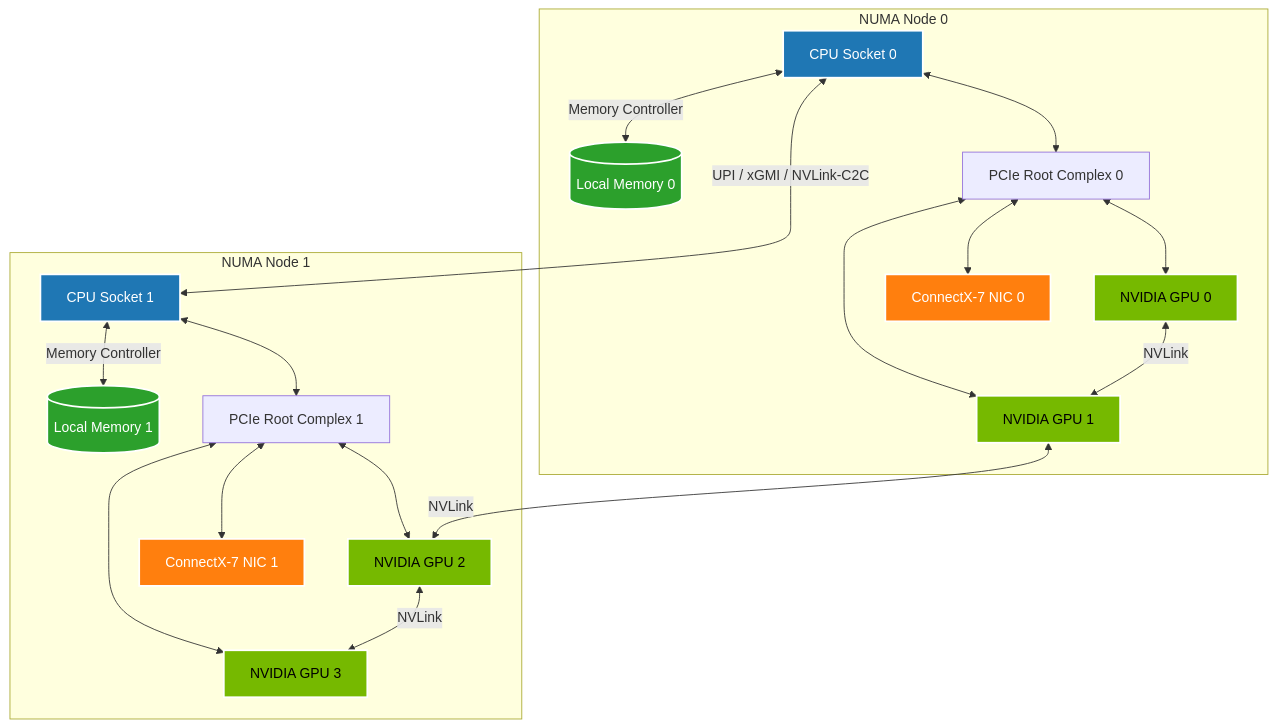
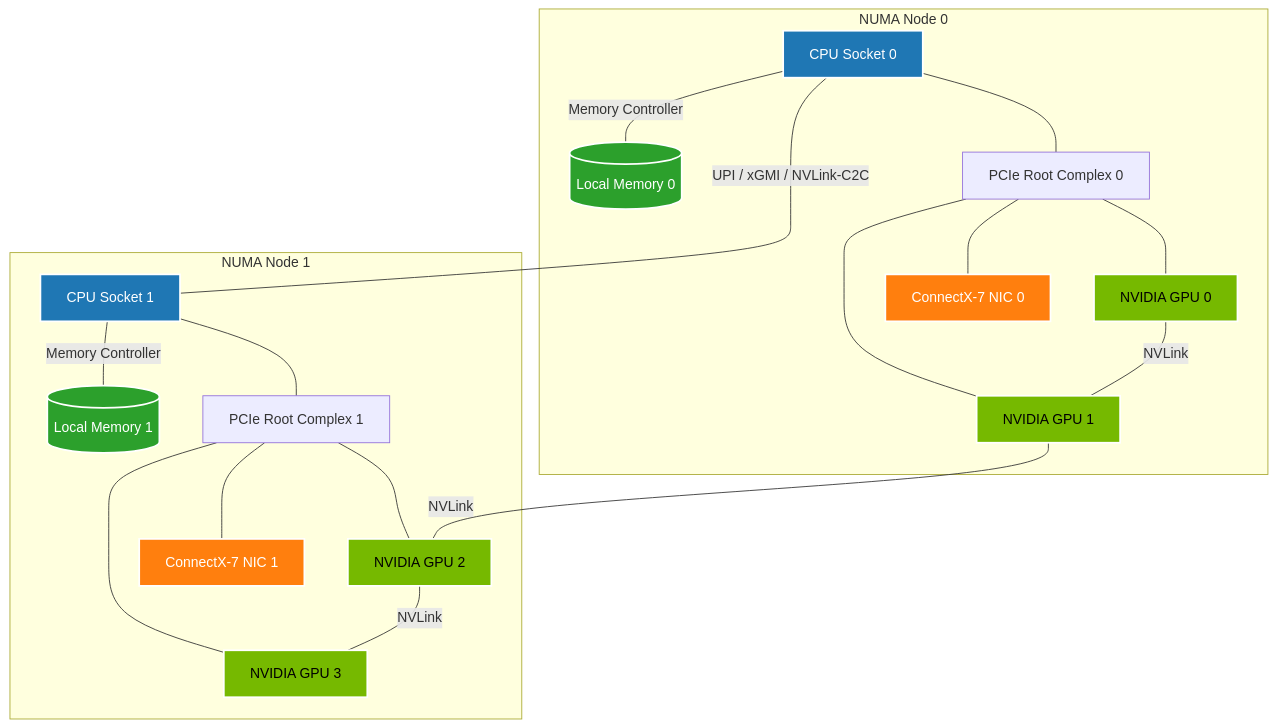
The first of 3 diagrams in docs/volume-01/01-linux-compute-memory-masterclass.md (jithinpnjm/nvidia-devops), drawn with Mermaid before and after one commit. The commit also changed other lines of this file and 110 other files, not shown here.

Commit message:
docs(volume-1-10): complete second-pass refinement of formatting, visual diagrams, and code snippets

````diff
--- a/docs/volume-01/01-linux-compute-memory-masterclass.md
+++ b/docs/volume-01/01-linux-compute-memory-masterclass.md
@@ -36,47 +36,47 @@
 ```mermaid
-graph TD
+flowchart TD
     subgraph "NUMA Node 0"
-        CPU0[CPU Socket 0]
-        MEM0[(Local Memory 0)]
-        PCIe0[PCIe Root Complex 0]
-        GPU0[NVIDIA GPU 0]
-        GPU1[NVIDIA GPU 1]
-        NIC0[ConnectX-7 NIC 0]
+        CPU0["CPU Socket 0"]
+        MEM0[("Local Memory 0")]
+        PCIe0["PCIe Root Complex 0"]
+        GPU0["NVIDIA GPU 0"]
+        GPU1["NVIDIA GPU 1"]
+        NIC0["ConnectX-7 NIC 0"]
         
-        CPU0 <-->|Memory Controller| MEM0
-        CPU0 <--> PCIe0
-        PCIe0 <--> GPU0
-        PCIe0 <--> GPU1
-        PCIe0 <--> NIC0
+        CPU0 -- "Memory Controller" --- MEM0
+        CPU0 --- PCIe0
+        PCIe0 --- GPU0
+        PCIe0 --- GPU1
+        PCIe0 --- NIC0
     end
 
     subgraph "NUMA Node 1"
-        CPU1[CPU Socket 1]
-        MEM1[(Local Memory 1)]
-        PCIe1[PCIe Root Complex 1]
-        GPU2[NVIDIA GPU 2]
-        GPU3[NVIDIA GPU 3]
-        NIC1[ConnectX-7 NIC 1]
+        CPU1["CPU Socket 1"]
+        MEM1[("Local Memory 1")]
+        PCIe1["PCIe Root Complex 1"]
+        GPU2["NVIDIA GPU 2"]
+        GPU3["NVIDIA GPU 3"]
+        NIC1["ConnectX-7 NIC 1"]
         
-        CPU1 <-->|Memory Controller| MEM1
-        CPU1 <--> PCIe1
-        PCIe1 <--> GPU2
-        PCIe1 <--> GPU3
-        PCIe1 <--> NIC1
+        CPU1 -- "Memory Controller" --- MEM1
+        CPU1 --- PCIe1
+        PCIe1 --- GPU2
+        PCIe1 --- GPU3
+        PCIe1 --- NIC1
     end
 
-    CPU0 <-->|UPI / xGMI / NVLink-C2C| CPU1
-    GPU0 <-->|NVLink| GPU1
-    GPU2 <-->|NVLink| GPU3
-    GPU1 <-->|NVLink| GPU2
+    CPU0 -- "UPI / xGMI / NVLink-C2C" --- CPU1
+    GPU0 -- "NVLink" --- GPU1
+    GPU2 -- "NVLink" --- GPU3
+    GPU1 -- "NVLink" --- GPU2
 
     classDef cpu fill:#1f77b4,stroke:#fff,stroke-width:2px,color:#fff;
     classDef mem fill:#2ca02c,stroke:#fff,stroke-width:2px,color:#fff;
     classDef gpu fill:#76b900,stroke:#fff,stroke-width:2px,color:#000;
     classDef nic fill:#ff7f0e,stroke:#fff,stroke-width:2px,color:#fff;
     
     class CPU0,CPU1 cpu;
     class MEM0,MEM1 mem;
     class GPU0,GPU1,GPU2,GPU3 gpu;
     class NIC0,NIC1 nic;
 ```
````
